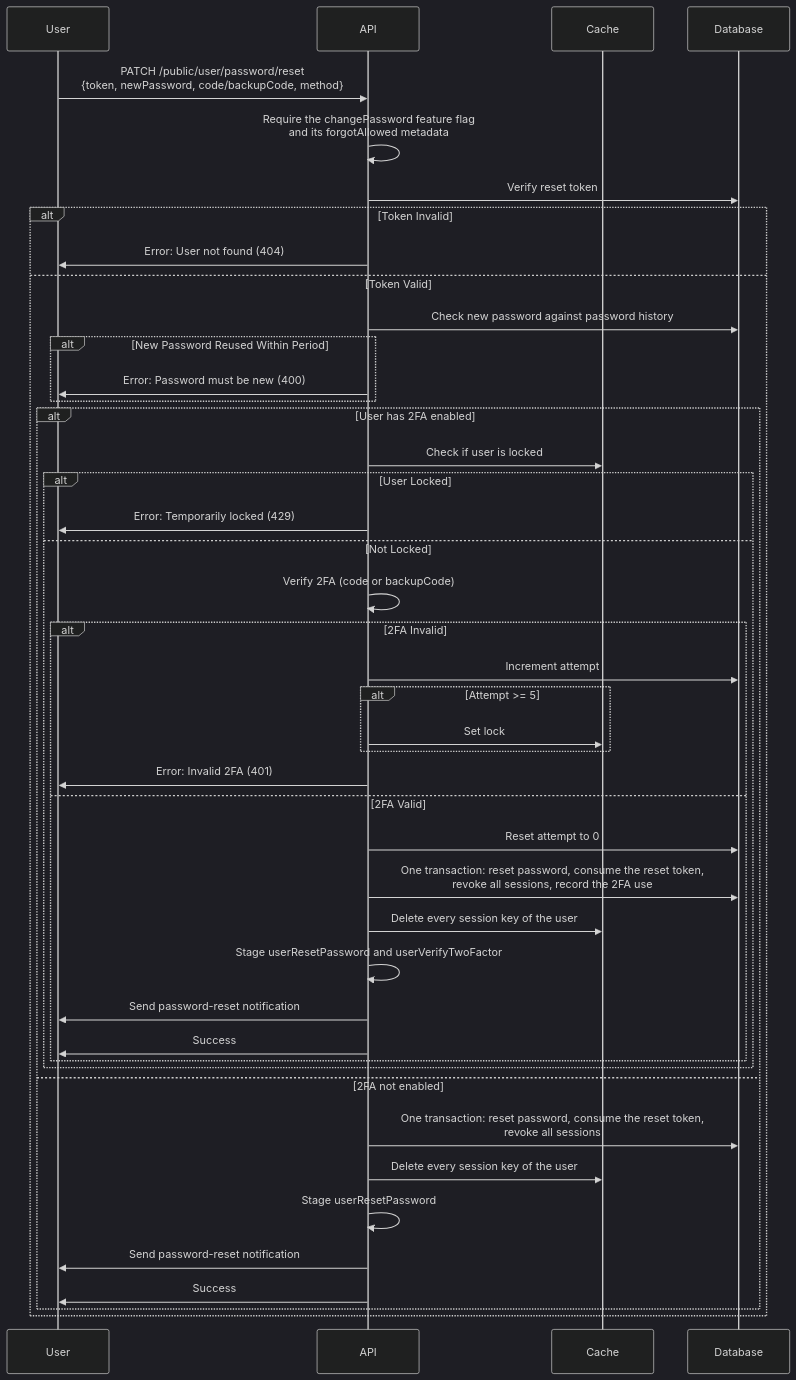
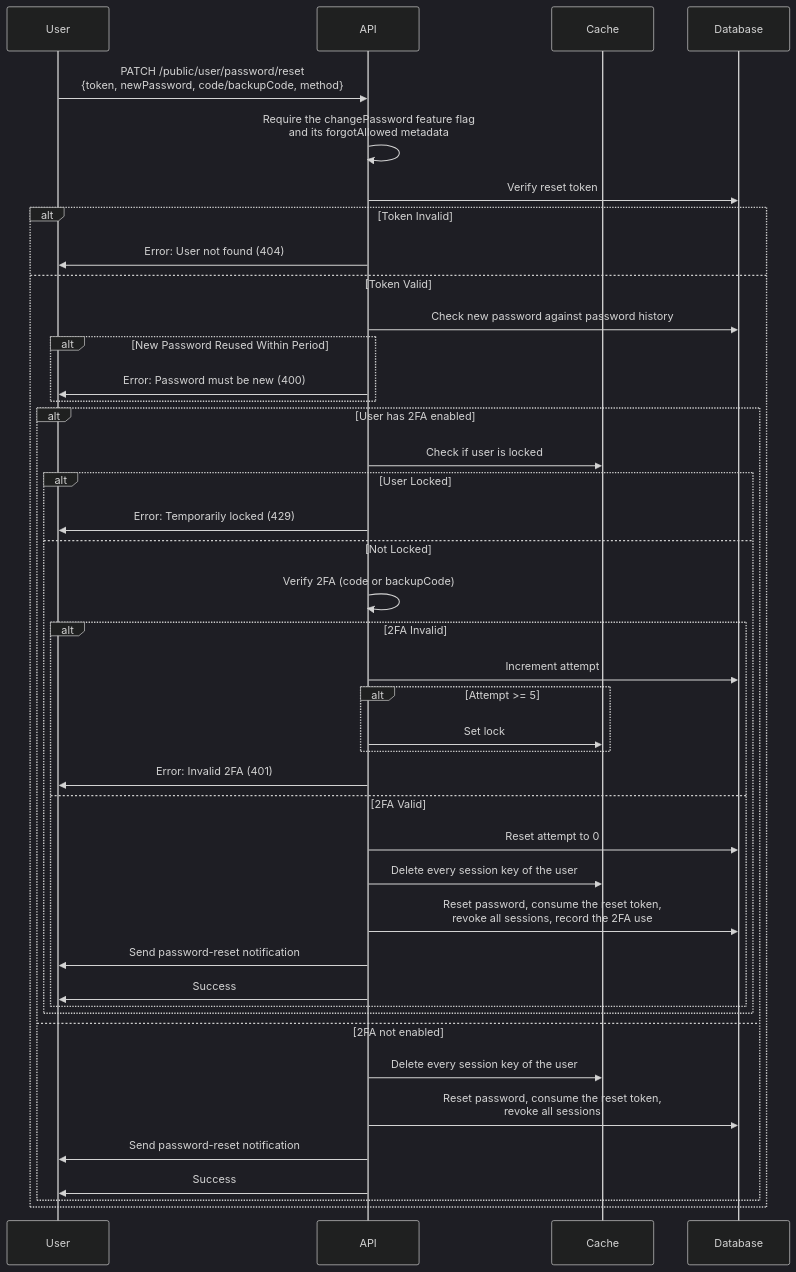
One commit to andrechristikan/ack-nestjs-boilerplate changed the eighth of 9 diagrams in docs/two-factor.md. Above: the diagram before and after it, drawn with Mermaid (dark theme). The commit also changed other lines of this file and 1480 other files, not shown here.

````diff
--- a/docs/two-factor.md
+++ b/docs/two-factor.md
@@ -488,47 +445,45 @@
 ```mermaid
 sequenceDiagram
     participant User
     participant API
     participant Cache
     participant Database
 
     User->>API: PATCH /public/user/password/reset<br/>{token, newPassword, code/backupCode, method}
     API->>API: Require the changePassword feature flag<br/>and its forgotAllowed metadata
     API->>Database: Verify reset token
     alt Token Invalid
         API->>User: Error: User not found (404)
     else Token Valid
         API->>Database: Check new password against password history
         alt New Password Reused Within Period
             API->>User: Error: Password must be new (400)
         end
         alt User has 2FA enabled
             API->>Cache: Check if user is locked
             alt User Locked
                 API->>User: Error: Temporarily locked (429)
             else Not Locked
                 API->>API: Verify 2FA (code or backupCode)
                 alt 2FA Invalid
                     API->>Database: Increment attempt
                     alt Attempt >= 5
                         API->>Cache: Set lock
                     end
                     API->>User: Error: Invalid 2FA (401)
                 else 2FA Valid
                     API->>Database: Reset attempt to 0
-                    API->>Database: One transaction: reset password, consume the reset token,<br/>revoke all sessions, record the 2FA use
                     API->>Cache: Delete every session key of the user
-                    API->>API: Stage userResetPassword and userVerifyTwoFactor
+                    API->>Database: Reset password, consume the reset token,<br/>revoke all sessions, record the 2FA use
                     API->>User: Send password-reset notification
                     API->>User: Success
                 end
             end
         else 2FA not enabled
-            API->>Database: One transaction: reset password, consume the reset token,<br/>revoke all sessions
             API->>Cache: Delete every session key of the user
-            API->>API: Stage userResetPassword
+            API->>Database: Reset password, consume the reset token,<br/>revoke all sessions
             API->>User: Send password-reset notification
             API->>User: Success
         end
     end
 ```
````
